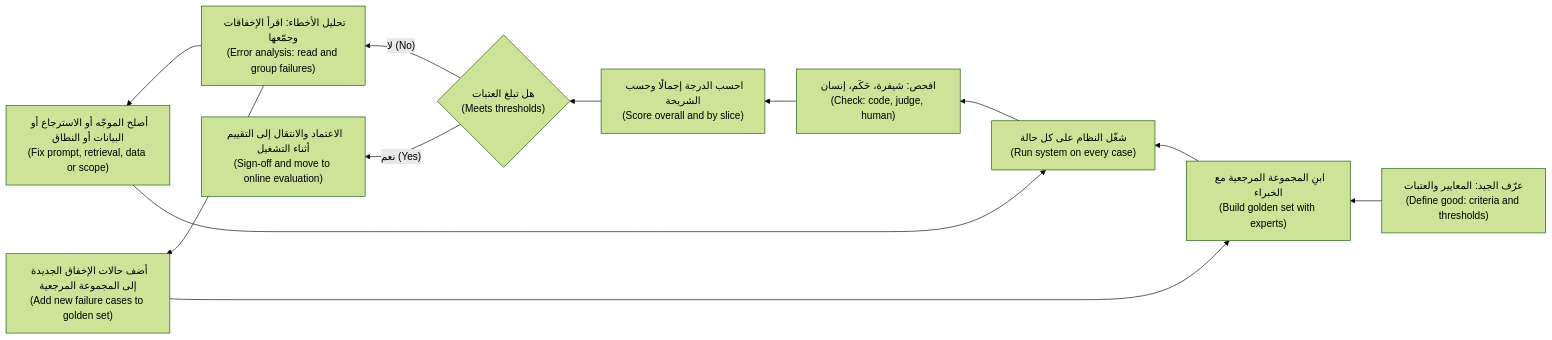
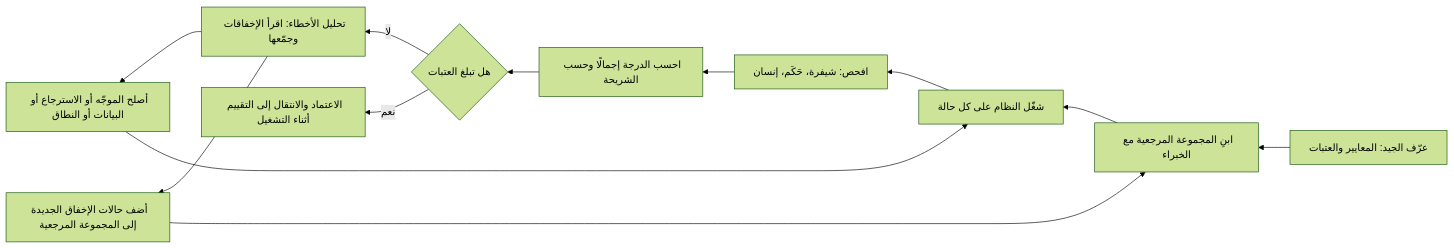
The first of 3 diagrams in aipm/modules/06-evaluation.ar.md (Tamoura/system-design-for-vibe-coders), drawn with Mermaid (forest theme) before and after one commit. The commit also changed other lines of this file and 551 other files, not shown here.

````diff
--- a/aipm/modules/06-evaluation.ar.md
+++ b/aipm/modules/06-evaluation.ar.md
@@ -92,14 +92,14 @@
 ```mermaid
 flowchart RL
-    A["عرّف الجيد: المعايير والعتبات<br/>(Define good: criteria and thresholds)"] --> B["ابنِ المجموعة المرجعية مع الخبراء<br/>(Build golden set with experts)"]
-    B --> C["شغّل النظام على كل حالة<br/>(Run system on every case)"]
-    C --> D["افحص: شيفرة، حَكَم، إنسان<br/>(Check: code, judge, human)"]
-    D --> E["احسب الدرجة إجمالًا وحسب الشريحة<br/>(Score overall and by slice)"]
-    E --> F{"هل تبلغ العتبات<br/>(Meets thresholds)"}
-    F -->|"لا (No)"| G["تحليل الأخطاء: اقرأ الإخفاقات وجمّعها<br/>(Error analysis: read and group failures)"]
-    G --> H["أصلح الموجّه أو الاسترجاع أو البيانات أو النطاق<br/>(Fix prompt, retrieval, data or scope)"]
+    A["عرّف الجيد: المعايير والعتبات"] --> B["ابنِ المجموعة المرجعية مع الخبراء"]
+    B --> C["شغّل النظام على كل حالة"]
+    C --> D["افحص: شيفرة، حَكَم، إنسان"]
+    D --> E["احسب الدرجة إجمالًا وحسب الشريحة"]
+    E --> F{"هل تبلغ العتبات"}
+    F -->|"لا"| G["تحليل الأخطاء: اقرأ الإخفاقات وجمّعها"]
+    G --> H["أصلح الموجّه أو الاسترجاع أو البيانات أو النطاق"]
     H --> C
-    F -->|"نعم (Yes)"| I["الاعتماد والانتقال إلى التقييم أثناء التشغيل<br/>(Sign-off and move to online evaluation)"]
-    G --> J["أضف حالات الإخفاق الجديدة إلى المجموعة المرجعية<br/>(Add new failure cases to golden set)"]
+    F -->|"نعم"| I["الاعتماد والانتقال إلى التقييم أثناء التشغيل"]
+    G --> J["أضف حالات الإخفاق الجديدة إلى المجموعة المرجعية"]
     J --> B
 ```
````
